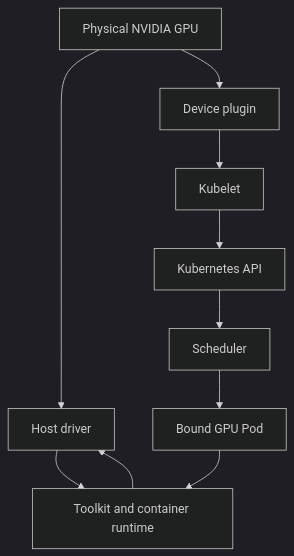
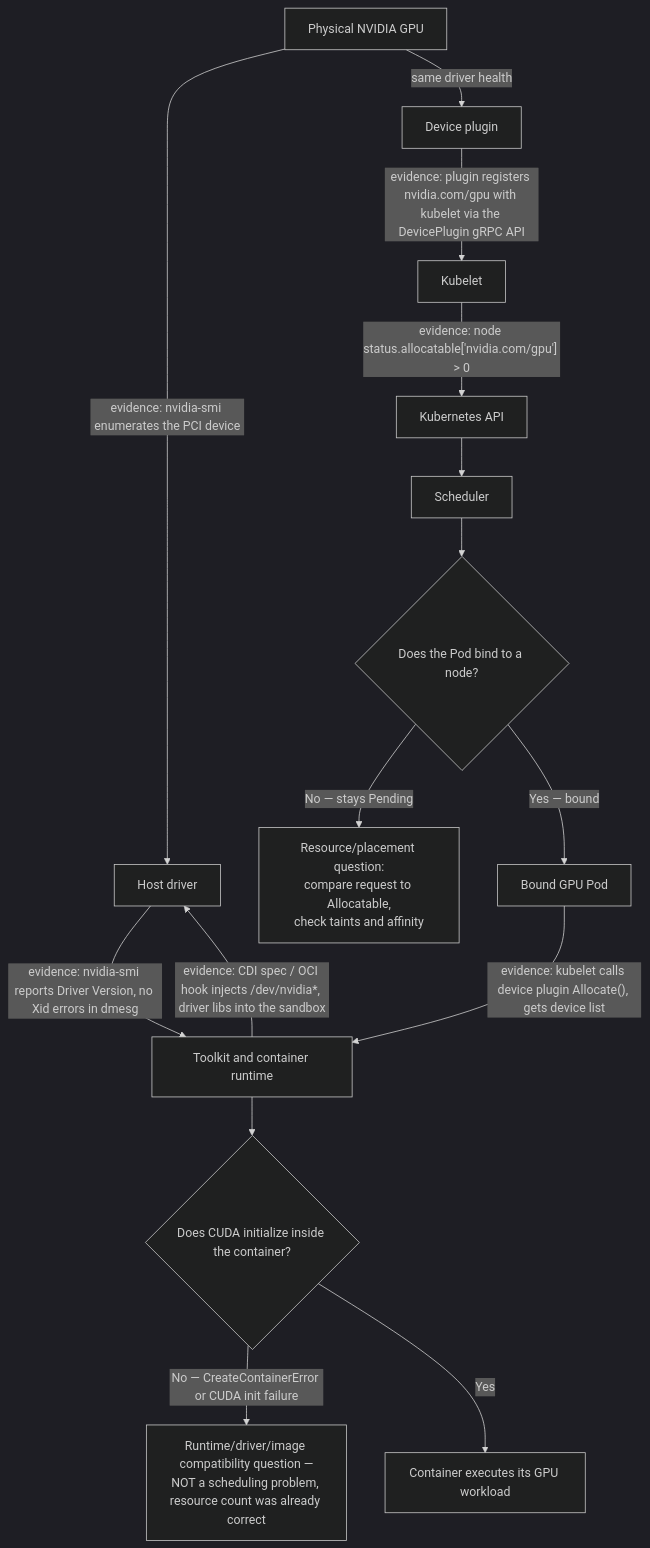
Before and after one commit to jithinpnjm/nvidia-devops: the first of 2 diagrams in docs/nvidia-zero-to-hero/volume-10/chapter-01-why-kubernetes-needs-a-gpu-platform-layer.md, drawn with Mermaid (dark theme). The commit also changed other lines of this file and 10 other files, not shown here.

````diff
--- a/docs/nvidia-zero-to-hero/volume-10/chapter-01-why-kubernetes-needs-a-gpu-platform-layer.md
+++ b/docs/nvidia-zero-to-hero/volume-10/chapter-01-why-kubernetes-needs-a-gpu-platform-layer.md
@@ -26,11 +26,17 @@
 ```mermaid
 flowchart TD
-    GPU[Physical NVIDIA GPU] --> Driver[Host driver]
-    Driver --> Runtime[Toolkit and container runtime]
-    GPU --> DP[Device plugin]
-    DP --> Kubelet[Kubelet]
-    Kubelet --> API[Kubernetes API]
+    GPU[Physical NVIDIA GPU] -->|"evidence: nvidia-smi enumerates the PCI device"| Driver[Host driver]
+    Driver -->|"evidence: nvidia-smi reports Driver Version, no Xid errors in dmesg"| Runtime[Toolkit and container runtime]
+    GPU -->|"same driver health"| DP[Device plugin]
+    DP -->|"evidence: plugin registers nvidia.com/gpu with kubelet via the DevicePlugin gRPC API"| Kubelet[Kubelet]
+    Kubelet -->|"evidence: node status.allocatable['nvidia.com/gpu'] &gt; 0"| API[Kubernetes API]
     API --> Scheduler[Scheduler]
-    Scheduler --> Pod[Bound GPU Pod]
-    Pod --> Runtime --> Driver
+    Scheduler --> Bound{"Does the Pod bind to a node?"}
+    Bound -->|"No — stays Pending"| Pending["Resource/placement question:\ncompare request to Allocatable,\ncheck taints and affinity"]
+    Bound -->|"Yes — bound"| Pod[Bound GPU Pod]
+    Pod -->|"evidence: kubelet calls device plugin Allocate(), gets device list"| Runtime
+    Runtime -->|"evidence: CDI spec / OCI hook injects /dev/nvidia*, driver libs into the sandbox"| Driver
+    Runtime --> CudaInit{"Does CUDA initialize inside the container?"}
+    CudaInit -->|"No — CreateContainerError or CUDA init failure"| RuntimeFail["Runtime/driver/image compatibility question —\nNOT a scheduling problem, resource count was already correct"]
+    CudaInit -->|"Yes"| Healthy[Container executes its GPU workload]
 ```
````
